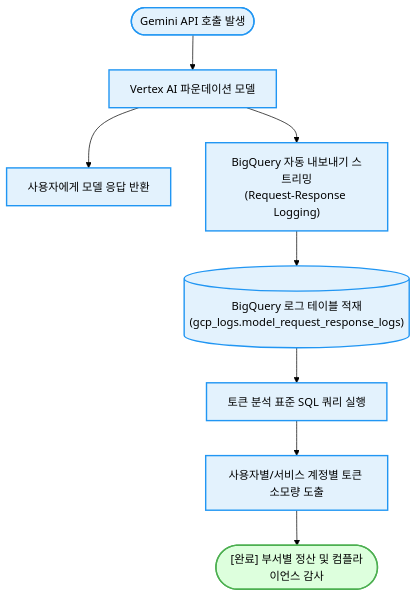
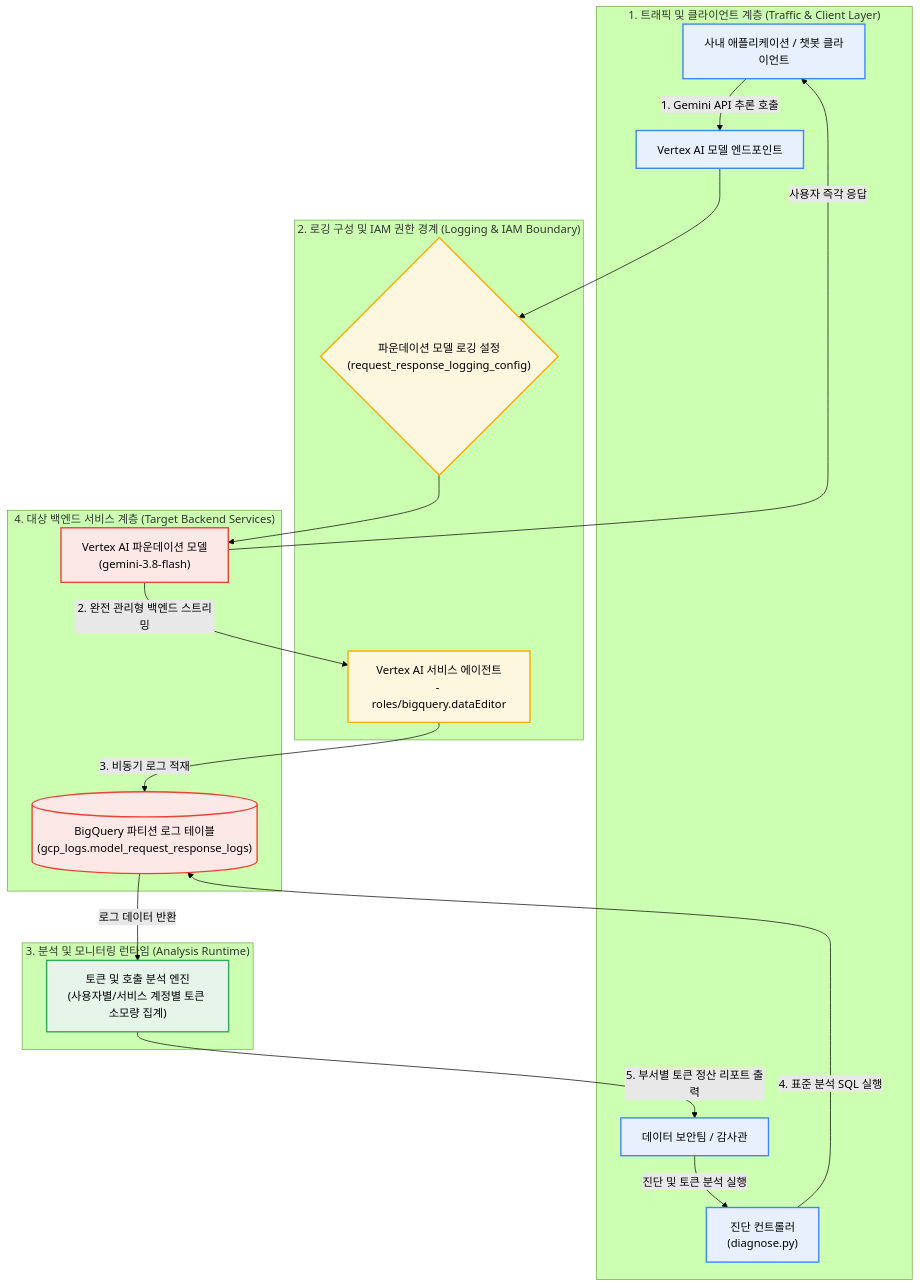
The diagram in samples/gemini-request-response-logging/README.md (jiangjun-forge/google-cloud-0-to-1), drawn with Mermaid (forest theme) before and after one commit. The commit also changed other lines of this file and 94 other files, not shown here.

Commit message:
Standardize architecture specifications

````diff
--- a/samples/gemini-request-response-logging/README.md
+++ b/samples/gemini-request-response-logging/README.md
@@ -74,20 +76,41 @@
 ```mermaid
 flowchart TD
-    Start(["Gemini API 호출 발생"]) --> Model["Vertex AI 파운데이션 모델"]
-    
-    Model --> RouteResponse["사용자에게 모델 응답 반환"]
-    Model --> AutoStream["BigQuery 자동 내보내기 스트리밍<br/>(Request-Response Logging)"]
-    
-    AutoStream --> BigQueryTable[("BigQuery 로그 테이블 적재<br/>(gcp_logs.model_request_response_logs)")]
-    
-    BigQueryTable --> SQLAnalysis["토큰 분석 표준 SQL 쿼리 실행"]
-    SQLAnalysis --> Metrics["사용자별/서비스 계정별 토큰 소모량 도출"]
-    Metrics --> Done(["[완료] 부서별 정산 및 컴플라이언스 감사"])
+    subgraph Layer1["1. 트래픽 및 클라이언트 계층 (Traffic & Client Layer)"]
+        ClientApp["사내 애플리케이션 / 챗봇 클라이언트"] -->|"1. Gemini API 추론 호출"| ModelEndpoint["Vertex AI 모델 엔드포인트"]
+        Auditor["데이터 보안팀 / 감사관"] -->|"진단 및 토큰 분석 실행"| CLI["진단 컨트롤러<br/>(diagnose.py)"]
+    end
 
-    classDef alert fill:#ffdddd,stroke:#f44336,stroke-width:2px;
-    classDef success fill:#ddffdd,stroke:#4caf50,stroke-width:2px;
-    classDef action fill:#e3f2fd,stroke:#2196f3,stroke-width:2px;
-    class Start action;
-    class Done success;
-    class Model,RouteResponse,AutoStream,BigQueryTable,SQLAnalysis,Metrics action;
+    subgraph Layer2["2. 로깅 구성 및 IAM 권한 경계 (Logging & IAM Boundary)"]
+        LogConfig{"파운데이션 모델 로깅 설정<br/>(request_response_logging_config)"}
+        ServiceAgent["Vertex AI 서비스 에이전트<br/>- roles/bigquery.dataEditor"]
+    end
+
+    subgraph Layer3["3. 분석 및 모니터링 런타임 (Analysis Runtime)"]
+        Engine["토큰 및 호출 분석 엔진<br/>(사용자별/서비스 계정별 토큰 소모량 집계)"]
+    end
+
+    subgraph Layer4["4. 대상 백엔드 서비스 계층 (Target Backend Services)"]
+        Model["Vertex AI 파운데이션 모델<br/>(gemini-3.8-flash)"]
+        BQTable[("BigQuery 파티션 로그 테이블<br/>(gcp_logs.model_request_response_logs)")]
+    end
+
+    ModelEndpoint --> LogConfig
+    LogConfig --> Model
+    Model -->|"사용자 즉각 응답"| ClientApp
+    Model -->|"2. 완전 관리형 백엔드 스트리밍"| ServiceAgent
+    ServiceAgent -->|"3. 비동기 로그 적재"| BQTable
+
+    CLI -->|"4. 표준 분석 SQL 실행"| BQTable
+    BQTable -->|"로그 데이터 반환"| Engine
+    Engine -->|"5. 부서별 토큰 정산 리포트 출력"| Auditor
+
+    classDef portal fill:#e8f0fe,stroke:#4285f4,stroke-width:2px;
+    classDef security fill:#fef7e0,stroke:#f9ab00,stroke-width:2px;
+    classDef runtime fill:#e6f4ea,stroke:#34a853,stroke-width:2px;
+    classDef backend fill:#fce8e6,stroke:#ea4335,stroke-width:2px;
+
+    class ClientApp,Auditor,CLI,ModelEndpoint portal;
+    class LogConfig,ServiceAgent security;
+    class Engine runtime;
+    class Model,BQTable backend;
 ```
````
